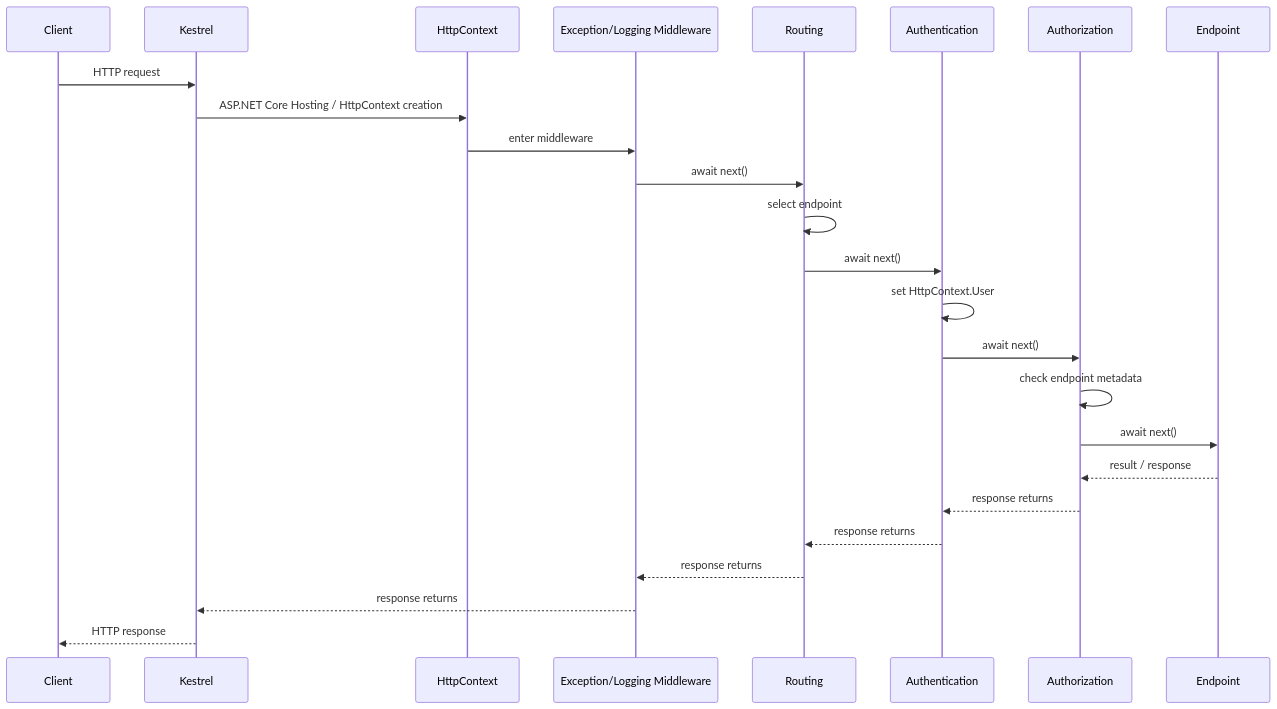
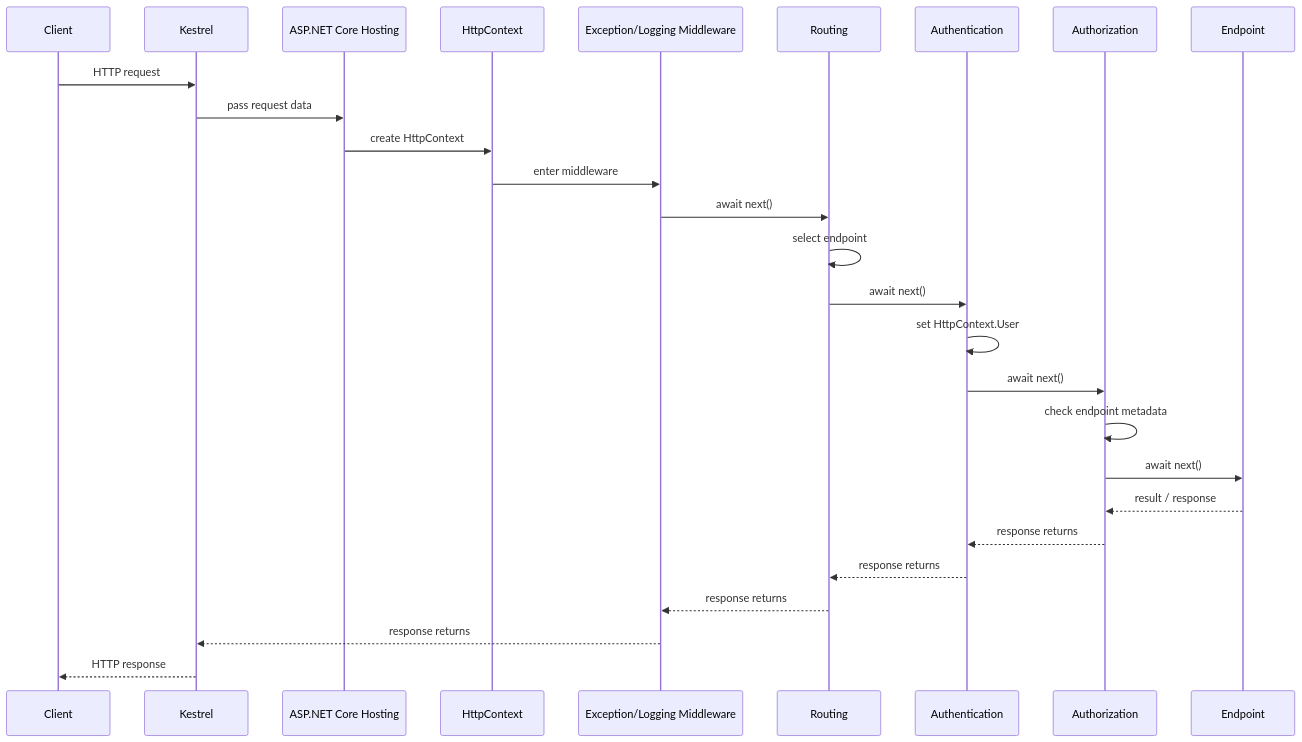
The diagram in 02_ASPNET_Core_Request_Pipeline/08_Full_ASPNET_Core_Request_Pipeline.md (EugenTovarchi/Backend-Engineer-Handbook), drawn with Mermaid before and after one commit. The commit also changed other lines of this file and 10 other files, not shown here.

````diff
--- a/02_ASPNET_Core_Request_Pipeline/08_Full_ASPNET_Core_Request_Pipeline.md
+++ b/02_ASPNET_Core_Request_Pipeline/08_Full_ASPNET_Core_Request_Pipeline.md
@@ -51,28 +54,30 @@
 ```mermaid
 sequenceDiagram
     participant Client as Client
     participant Kestrel as Kestrel
+    participant Hosting as ASP.NET Core Hosting
     participant Context as HttpContext
     participant M1 as Exception/Logging Middleware
     participant Routing as Routing
     participant AuthN as Authentication
     participant AuthZ as Authorization
     participant Endpoint as Endpoint
 
     Client->>Kestrel: HTTP request
-    Kestrel->>Context: ASP.NET Core Hosting / HttpContext creation
+    Kestrel->>Hosting: pass request data
+    Hosting->>Context: create HttpContext
     Context->>M1: enter middleware
     M1->>Routing: await next()
     Routing->>Routing: select endpoint
     Routing->>AuthN: await next()
     AuthN->>AuthN: set HttpContext.User
     AuthN->>AuthZ: await next()
     AuthZ->>AuthZ: check endpoint metadata
     AuthZ->>Endpoint: await next()
     Endpoint-->>AuthZ: result / response
     AuthZ-->>AuthN: response returns
     AuthN-->>Routing: response returns
     Routing-->>M1: response returns
     M1-->>Kestrel: response returns
     Kestrel-->>Client: HTTP response
 ```
````
